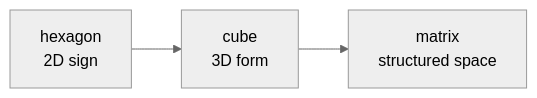
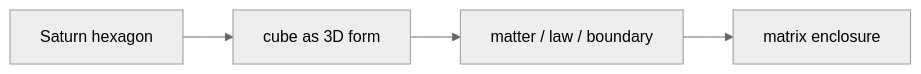
Before and after one commit to dyukahi/knowledge: the diagram in esoterica/Saturn Cube.md, drawn with Mermaid (neutral theme). The commit also changed other lines of this file and 4 other files, not shown here.

````diff
--- a/esoterica/Saturn Cube.md
+++ b/esoterica/Saturn Cube.md
@@ -52,7 +54,8 @@
 ```mermaid
 flowchart LR
-    A["hexagon<br/>2D sign"]
-    B["cube<br/>3D form"]
-    C["matrix<br/>structured space"]
-    A --> B --> C
+    A["Saturn hexagon"]
+    B["cube as 3D form"]
+    C["matter / law / boundary"]
+    D["matrix enclosure"]
+    A --> B --> C --> D
 ```
````
